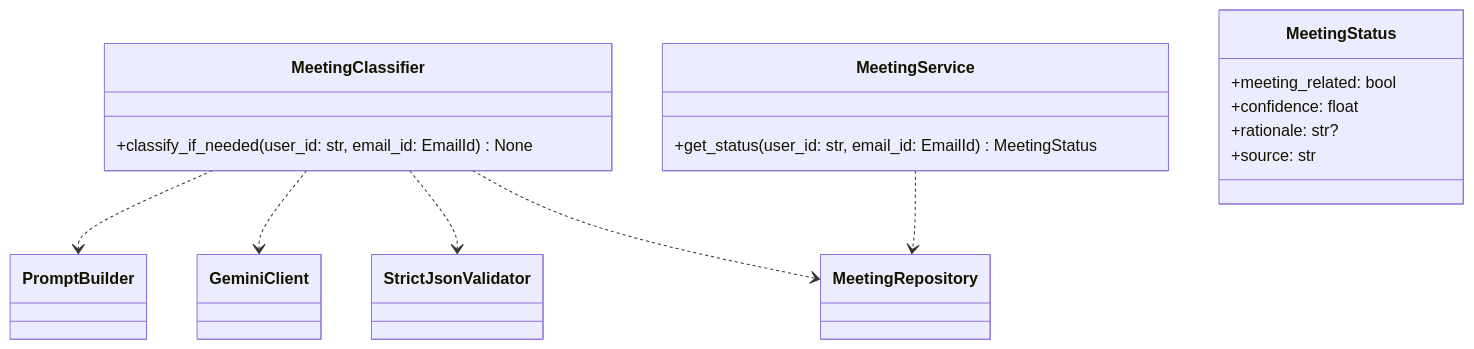
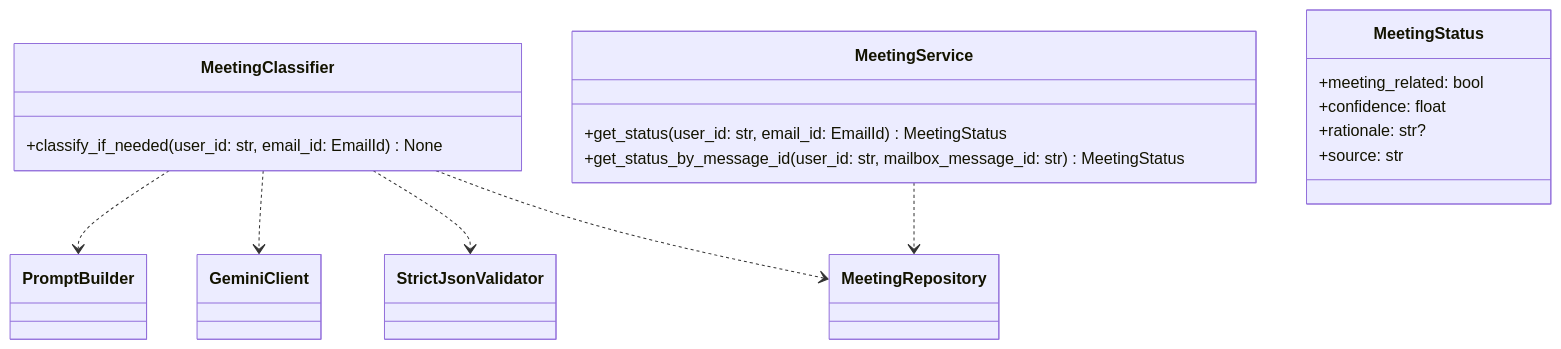
Before and after one commit to XunSong02/OutlookPlus: diagram 14 of 20 in backend/backend_specification_Modules.md, drawn with Mermaid. The commit also changed other lines of this file, not shown here.

````diff
--- a/backend/backend_specification_Modules.md
+++ b/backend/backend_specification_Modules.md
@@ -935,20 +997,21 @@
 ```mermaid
 classDiagram
 	class MeetingClassifier {
 		+classify_if_needed(user_id: str, email_id: EmailId) None
 	}
 	class MeetingService {
 		+get_status(user_id: str, email_id: EmailId) MeetingStatus
+		+get_status_by_message_id(user_id: str, mailbox_message_id: str) MeetingStatus
 	}
 	class MeetingStatus {
 		+meeting_related: bool
 		+confidence: float
 		+rationale: str?
 		+source: str
 	}
 	MeetingClassifier ..> PromptBuilder
 	MeetingClassifier ..> GeminiClient
 	MeetingClassifier ..> StrictJsonValidator
 	MeetingClassifier ..> MeetingRepository
 	MeetingService ..> MeetingRepository
 ```
````
